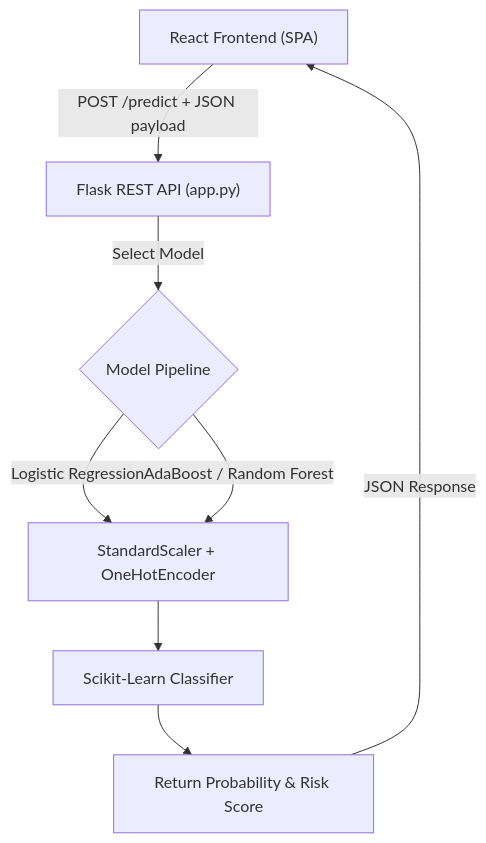
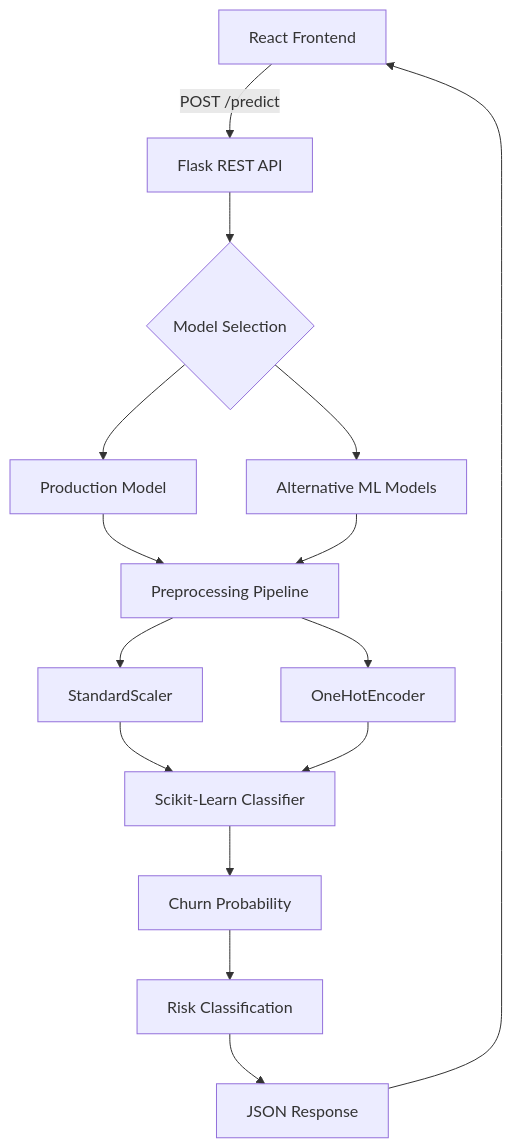
The diagram in README.md (aniruddh209/Customer-churn-prediction), drawn with Mermaid before and after one commit. The commit also changed other lines of this file, not shown here.

````diff
--- a/README.md
+++ b/README.md
@@ -45,10 +225,27 @@
 ```mermaid
 graph TD
-    A["React Frontend (SPA)"] -->|POST /predict + JSON payload| B["Flask REST API (app.py)"]
-    B -->|Select Model| C{"Model Pipeline"}
-    C -->|Logistic Regression| D["StandardScaler + OneHotEncoder"]
-    C -->|AdaBoost / Random Forest| D
-    D --> E["Scikit-Learn Classifier"]
-    E --> F["Return Probability & Risk Score"]
-    F -->|JSON Response| A
+
+    A["React Frontend"] -->|POST /predict| B["Flask REST API"]
+
+    B --> C{"Model Selection"}
+
+    C --> D["Production Model"]
+    C --> E["Alternative ML Models"]
+
+    D --> F["Preprocessing Pipeline"]
+    E --> F
+
+    F --> G["StandardScaler"]
+    F --> H["OneHotEncoder"]
+
+    G --> I["Scikit-Learn Classifier"]
+    H --> I
+
+    I --> J["Churn Probability"]
+
+    J --> K["Risk Classification"]
+
+    K --> L["JSON Response"]
+
+    L --> A
 ```
````
